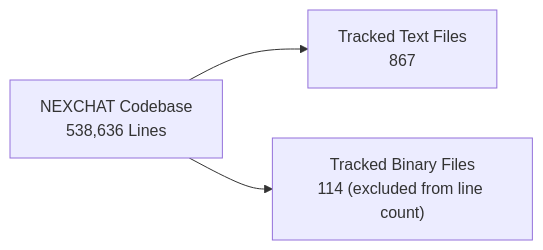
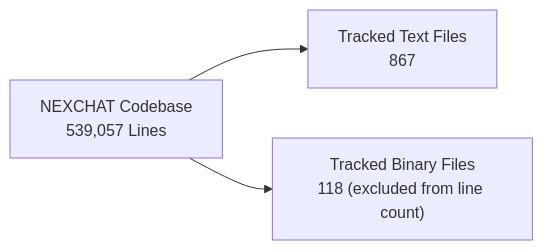
Before and after one commit to alexhack235-code/NEXCHAT: the second of 3 diagrams in count.md, drawn with Mermaid. The commit also changed other lines of this file and 5 other files, not shown here.

````diff
--- a/count.md
+++ b/count.md
@@ -78,5 +78,5 @@
 ```mermaid
 flowchart LR
-    ROOT["NEXCHAT Codebase<br/>538,636 Lines"] --> TEXT["Tracked Text Files<br/>867"]
-    ROOT --> BINARY["Tracked Binary Files<br/>114 (excluded from line count)"]
+    ROOT["NEXCHAT Codebase<br/>539,057 Lines"] --> TEXT["Tracked Text Files<br/>867"]
+    ROOT --> BINARY["Tracked Binary Files<br/>118 (excluded from line count)"]
 ```
````
